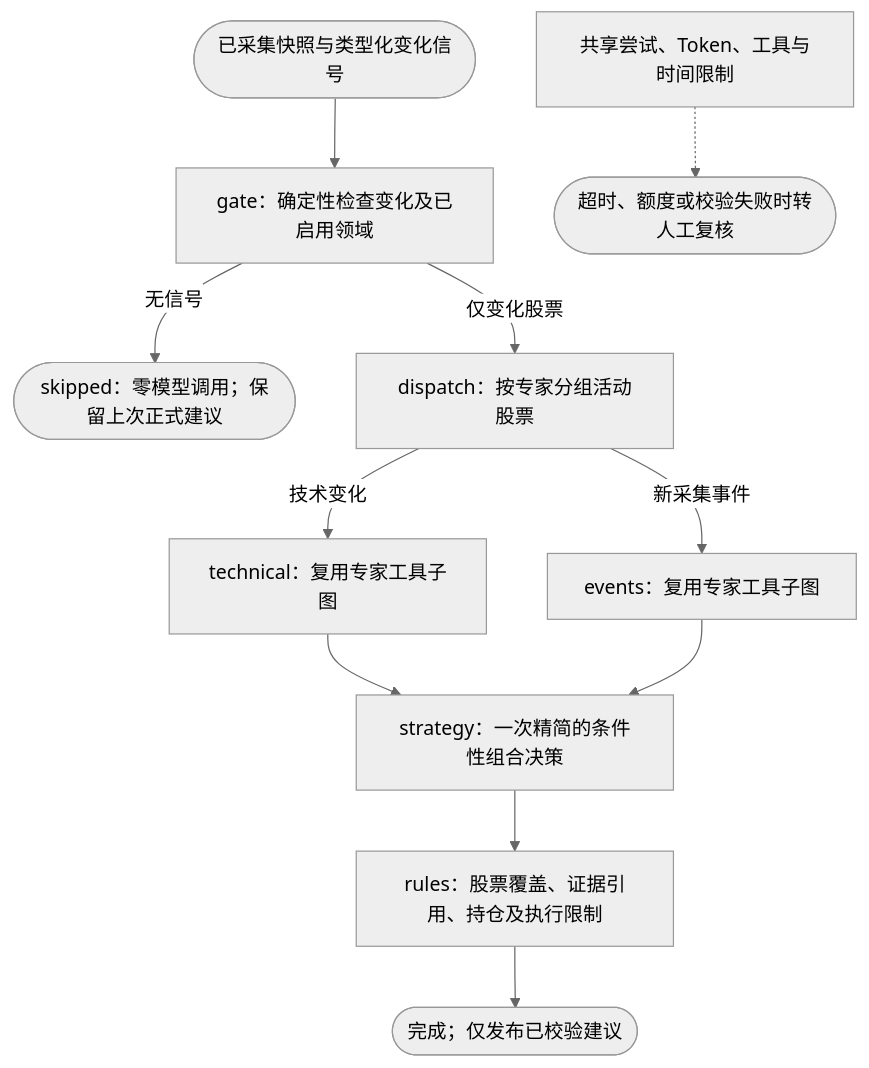
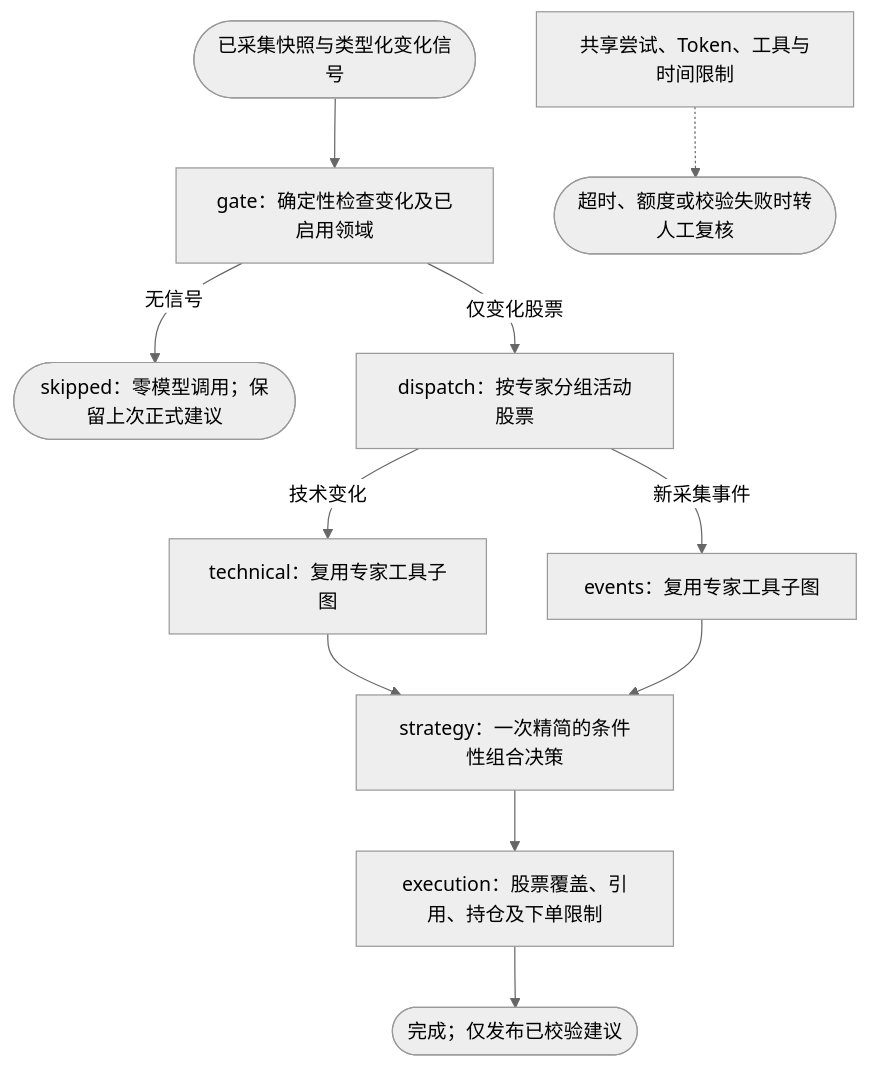
Before and after one commit to TNT-Likely/PanWatch: the fifth of 5 diagrams in packages/pan-investment-research/README.zh-CN.md, drawn with Mermaid (neutral theme). The commit also changed other lines of this file and 47 other files, not shown here.

````diff
--- a/packages/pan-investment-research/README.zh-CN.md
+++ b/packages/pan-investment-research/README.zh-CN.md
@@ -179,14 +179,14 @@
 ```mermaid
 flowchart TD
     START(["已采集快照与类型化变化信号"]) --> GATE["gate：确定性检查变化及已启用领域"]
     GATE -->|"无信号"| SKIP(["skipped：零模型调用；保留上次正式建议"])
     GATE -->|"仅变化股票"| DISPATCH["dispatch：按专家分组活动股票"]
     DISPATCH -->|"技术变化"| TECH["technical：复用专家工具子图"]
     DISPATCH -->|"新采集事件"| EVENT["events：复用专家工具子图"]
     TECH --> STRATEGY["strategy：一次精简的条件性组合决策"]
     EVENT --> STRATEGY
-    STRATEGY --> RULES["rules：股票覆盖、证据引用、持仓及执行限制"]
+    STRATEGY --> RULES["execution：股票覆盖、引用、持仓及下单限制"]
     RULES --> DONE(["完成；仅发布已校验建议"])
     GUARD["共享尝试、Token、工具与时间限制"]
     GUARD -.-> REVIEW(["超时、额度或校验失败时转人工复核"])
 ```
````
